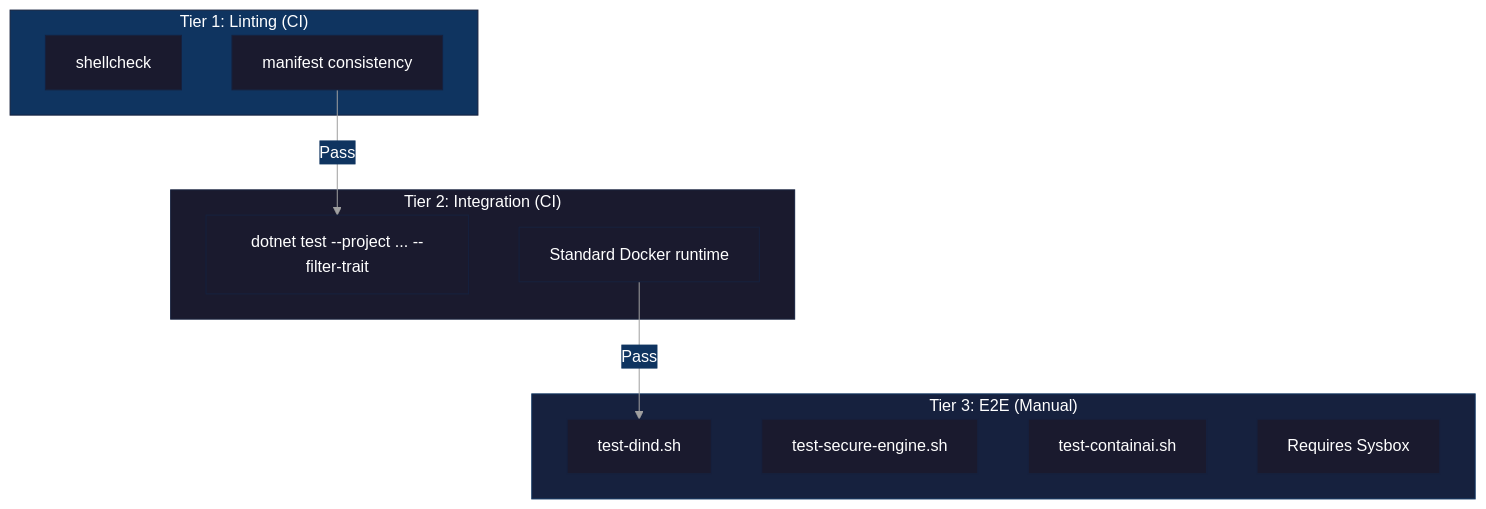
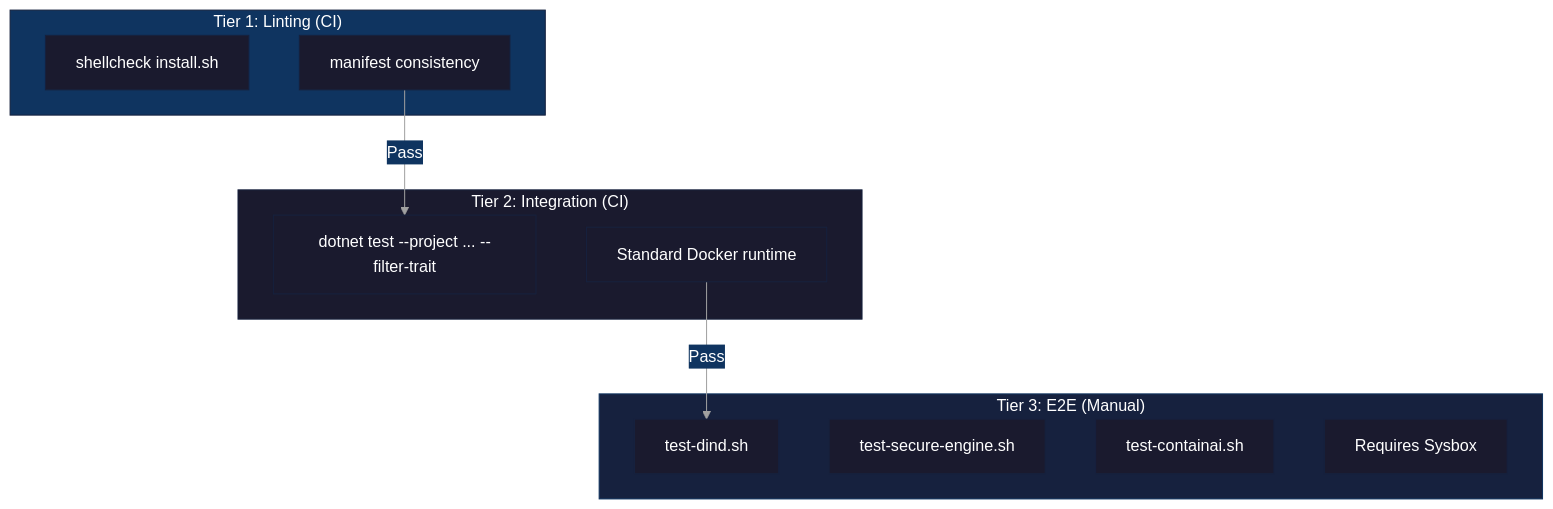
The diagram in docs/testing.md (novotnyllc/ContainAI), drawn with Mermaid before and after one commit. The commit also changed other lines of this file and 19 other files, not shown here.

````diff
--- a/docs/testing.md
+++ b/docs/testing.md
@@ -9,36 +9,36 @@
 ```mermaid
 %%{init: {'theme': 'base', 'themeVariables': {
   'primaryColor': '#1a1a2e',
   'primaryTextColor': '#ffffff',
   'primaryBorderColor': '#16213e',
   'secondaryColor': '#0f3460',
   'tertiaryColor': '#1a1a2e',
   'lineColor': '#a0a0a0',
   'textColor': '#ffffff',
   'background': '#0d1117'
 }}}%%
 flowchart TB
     subgraph T1["Tier 1: Linting (CI)"]
-        Shell["shellcheck"]
+        Shell["shellcheck install.sh"]
         Manifest["manifest consistency"]
     end
 
     subgraph T2["Tier 2: Integration (CI)"]
         Sync["dotnet test --project ... --filter-trait"]
         Docker["Standard Docker runtime"]
     end
 
     subgraph T3["Tier 3: E2E (Manual)"]
         DinD["test-dind.sh"]
         Secure["test-secure-engine.sh"]
         Full["test-containai.sh"]
         Sysbox["Requires Sysbox"]
     end
 
     Manifest -->|"Pass"| Sync
     Docker -->|"Pass"| DinD
 
     style T1 fill:#0f3460,stroke:#16213e,color:#fff
     style T2 fill:#1a1a2e,stroke:#16213e,color:#fff
     style T3 fill:#16213e,stroke:#0f3460,color:#fff
 ```
````
